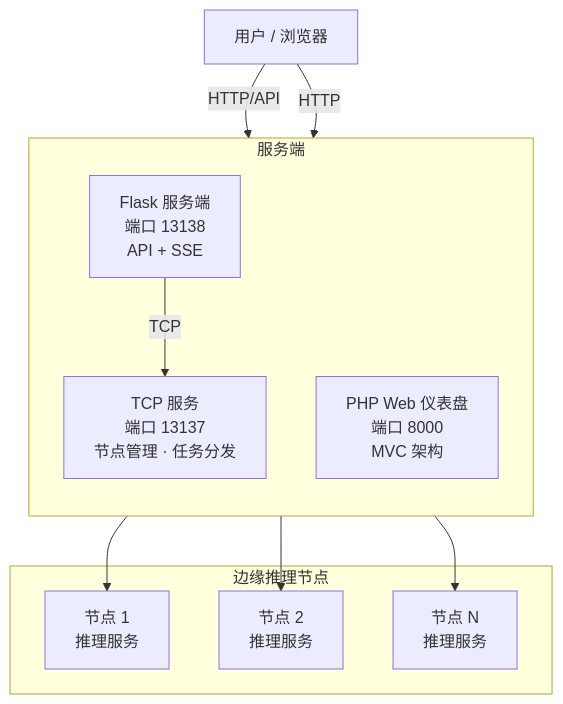
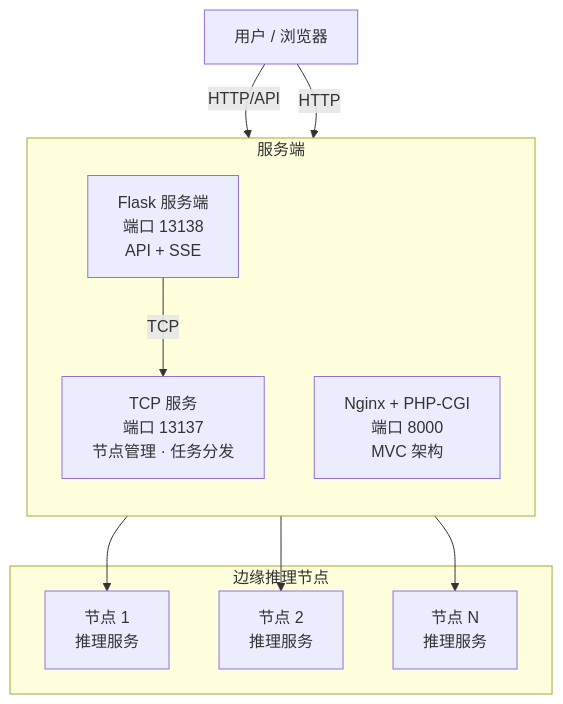
Before and after one commit to chijichan/37AC: the diagram in README.md, drawn with Mermaid. The commit also changed other lines of this file and 13 other files, not shown here.

Commit message:
feat: 更新文档和启动脚本，改用 Nginx + PHP-CGI 进程池以提升性能

````diff
--- a/README.md
+++ b/README.md
@@ -57,22 +57,22 @@
 ```mermaid
 flowchart TB
     User["用户 / 浏览器"]
 
     subgraph Server["服务端"]
         direction TB
         Flask["Flask 服务端<br/>端口 13138<br/>API + SSE"]
-        PHP["PHP Web 仪表盘<br/>端口 8000<br/>MVC 架构"]
+        PHP["Nginx + PHP-CGI<br/>端口 8000<br/>MVC 架构"]
         TCP["TCP 服务<br/>端口 13137<br/>节点管理 · 任务分发"]
     end
 
     subgraph Nodes["边缘推理节点"]
         N1["节点 1<br/>推理服务"]
         N2["节点 2<br/>推理服务"]
         N3["节点 N<br/>推理服务"]
     end
 
     User -- HTTP/API --> Flask
     User -- HTTP --> PHP
     Flask -- TCP --> TCP
     TCP --> N1 & N2 & N3
 ```
````
